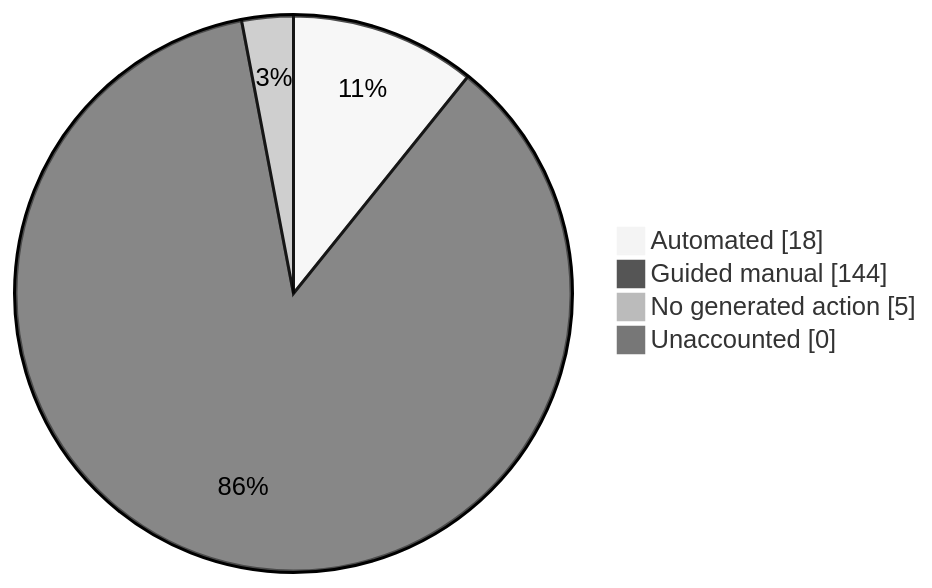
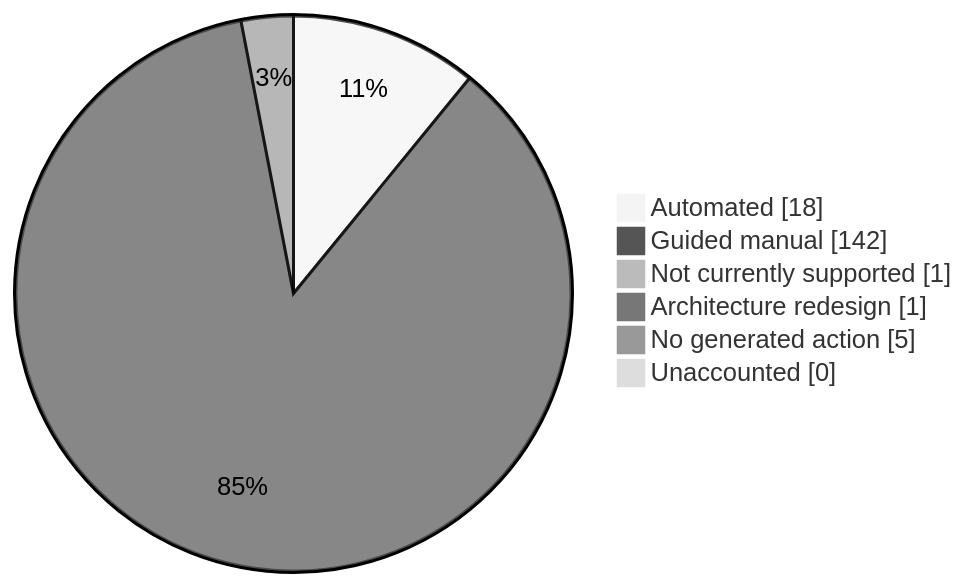
The diagram in docs/FEATURE-MATRIX.md (raedrahman43/policy-translator), drawn with Mermaid (neutral theme) before and after one commit. The commit also changed other lines of this file and 30 other files, not shown here.

````diff
--- a/docs/FEATURE-MATRIX.md
+++ b/docs/FEATURE-MATRIX.md
@@ -7,7 +7,9 @@
 ```mermaid
 pie showData
   "Automated" : 18
-  "Guided manual" : 144
+  "Guided manual" : 142
+  "Not currently supported" : 1
+  "Architecture redesign" : 1
   "No generated action" : 5
   "Unaccounted" : 0
 ```
````
